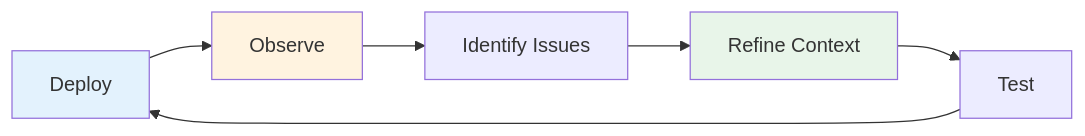
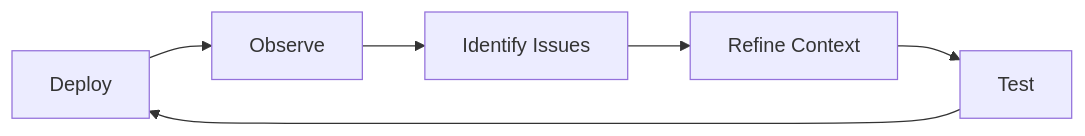
One commit to yuexiaoliang/prompt-engineering-learning changed the third of 6 diagrams in 05-context-engineering-en.md. Above: the diagram before and after it, drawn with Mermaid. The commit also changed other lines of this file, not shown here.

Commit message:
fix: remove hardcoded Mermaid fill colors for light/dark theme auto-adaptation

````diff
--- a/05-context-engineering-en.md
+++ b/05-context-engineering-en.md
@@ -339,12 +331,8 @@
 ```mermaid
 flowchart LR
-    D[Deploy] --> O[Observe]
+        D[Deploy] --> O[Observe]
     O --> I[Identify Issues]
     I --> R[Refine Context]
     R --> T[Test]
     T --> D
-
-    style D fill:#e3f2fd
-    style O fill:#fff3e0
-    style R fill:#e8f5e9
 ```
````
